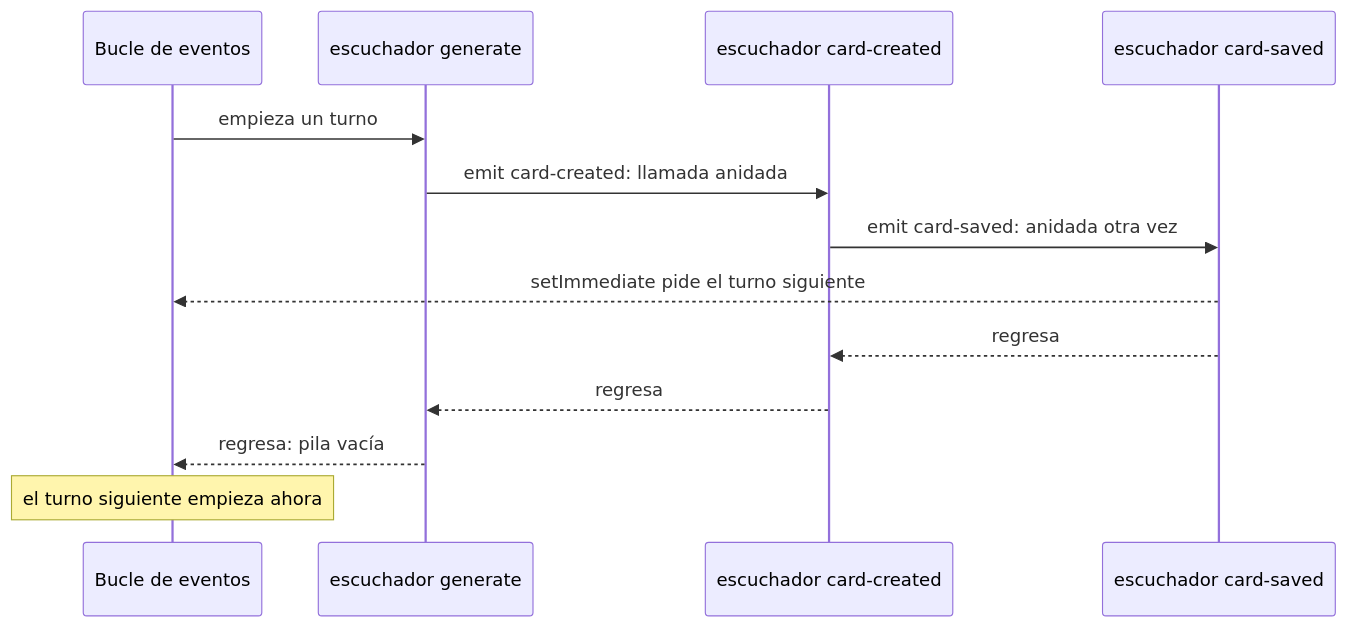
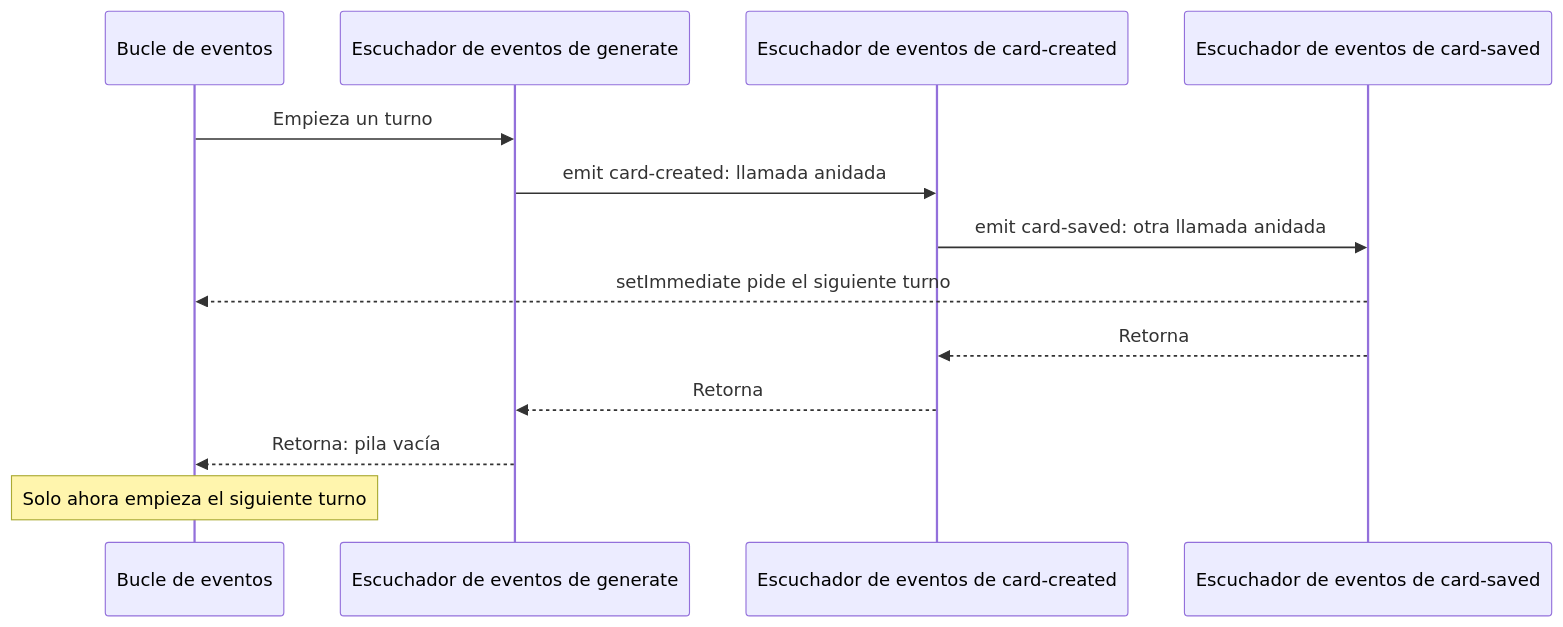
One commit to dullroar/aprende-a-programar-como-un-bicho-raro changed the diagram in lessons/guias-de-estudio/conceptos/eventos-retrollamadas-y-control-reactivo.md. Above: the diagram before and after it, drawn with Mermaid. The commit also changed 22 other files, not shown here.

First line of the commit message:
loop(P5-003): build six Spanish publications; sync_guide_diagrams supports #block-N

````diff
--- a/lessons/guias-de-estudio/conceptos/eventos-retrollamadas-y-control-reactivo.md
+++ b/lessons/guias-de-estudio/conceptos/eventos-retrollamadas-y-control-reactivo.md
@@ -55,17 +55,17 @@
 ```mermaid
 sequenceDiagram
-    accTitle: Un turno de eventos programados: emit anida las llamadas y el bucle de eventos separa los turnos
-    accDescr: Un diagrama de secuencia. El bucle de eventos inicia un turno al llamar al escuchador de eventos generate. Ese escuchador emite card-created, así que el emisor llama al escuchador de eventos card-created dentro de él. Ese escuchador emite card-saved, así que el emisor llama al escuchador de eventos card-saved dentro de él. Luego cada escuchador regresa, en orden inverso, así que la pila se desenrolla. El último escuchador le ha pedido al bucle de eventos el turno siguiente con setImmediate. El bucle de eventos inicia el turno siguiente solo cuando la pila está vacía.
+    accTitle: Un turno de eventos programados. emit anida llamadas y el bucle de eventos separa los turnos
+    accDescr: Diagrama de secuencia. El bucle de eventos inicia un turno al llamar al escuchador de eventos de generate. Ese escuchador emite card-created, así que el emisor llama al escuchador de card-created dentro de la llamada en curso. Ese escuchador emite card-saved y el emisor llama al escuchador de card-saved dentro de esa llamada. Los escuchadores retornan en orden inverso y así se vacía la pila. El último escuchador le pidió al bucle de eventos el siguiente turno con setImmediate. El bucle de eventos solo inicia ese turno cuando la pila está vacía.
     participant L as Bucle de eventos
-    participant G as escuchador generate
-    participant C as escuchador card-created
-    participant S as escuchador card-saved
-    L->>G: empieza un turno
+    participant G as Escuchador de eventos de generate
+    participant C as Escuchador de eventos de card-created
+    participant S as Escuchador de eventos de card-saved
+    L->>G: Empieza un turno
     G->>C: emit card-created: llamada anidada
-    C->>S: emit card-saved: anidada otra vez
-    S-->>L: setImmediate pide el turno siguiente
-    S-->>C: regresa
-    C-->>G: regresa
-    G-->>L: regresa: pila vacía
-    Note over L: el turno siguiente empieza ahora
+    C->>S: emit card-saved: otra llamada anidada
+    S-->>L: setImmediate pide el siguiente turno
+    S-->>C: Retorna
+    C-->>G: Retorna
+    G-->>L: Retorna: pila vacía
+    Note over L: Solo ahora empieza el siguiente turno
 ```
````
